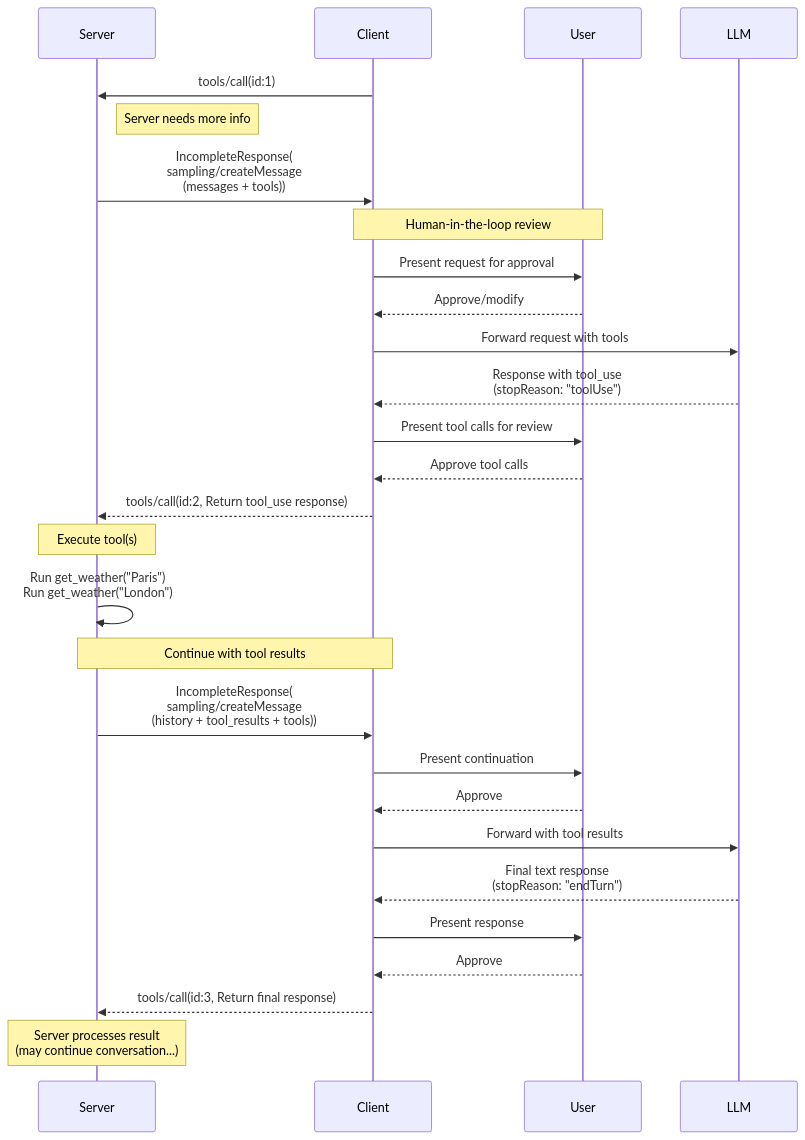
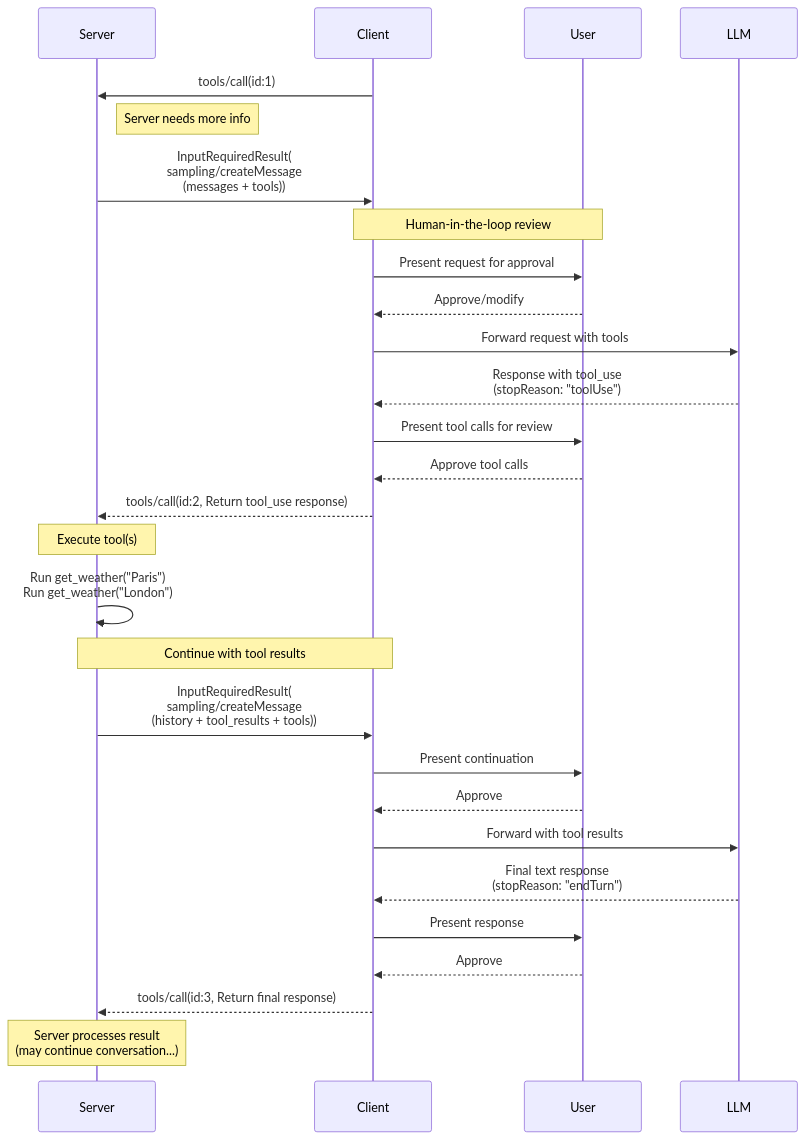
One commit to HIDORAKAI002/ai-workspace-archive changed the first of 2 diagrams in mcp_ecosystem__model_context_protocol/official_mcp_repositories__anthropic/modelcontextprotocol/docs/specification/draft/client/sampling.mdx. Above: the diagram before and after it, drawn with Mermaid. The commit also changed other lines of this file and 2257 other files, not shown here.

````diff
--- a/mcp_ecosystem__model_context_protocol/official_mcp_repositories__anthropic/modelcontextprotocol/docs/specification/draft/client/sampling.mdx
+++ b/mcp_ecosystem__model_context_protocol/official_mcp_repositories__anthropic/modelcontextprotocol/docs/specification/draft/client/sampling.mdx
@@ -162,40 +170,40 @@
 ```mermaid
 sequenceDiagram
     participant Server
     participant Client
     participant User
     participant LLM
 
     Client->>Server: tools/call(id:1)
     note right of Server: Server needs more info
-    Server->>Client: IncompleteResponse(<br/>sampling/createMessage<br/>(messages + tools))
+    Server->>Client: InputRequiredResult(<br/>sampling/createMessage<br/>(messages + tools))
 
     Note over Client,User: Human-in-the-loop review
     Client->>User: Present request for approval
     User-->>Client: Approve/modify
 
     Client->>LLM: Forward request with tools
     LLM-->>Client: Response with tool_use<br/>(stopReason: "toolUse")
 
     Client->>User: Present tool calls for review
     User-->>Client: Approve tool calls
     Client-->>Server: tools/call(id:2, Return tool_use response)
 
     Note over Server: Execute tool(s)
     Server->>Server: Run get_weather("Paris")<br/>Run get_weather("London")
 
     Note over Server,Client: Continue with tool results
-    Server->>Client: IncompleteResponse(<br/>sampling/createMessage<br/>(history + tool_results + tools))
+    Server->>Client: InputRequiredResult(<br/>sampling/createMessage<br/>(history + tool_results + tools))
 
     Client->>User: Present continuation
     User-->>Client: Approve
 
     Client->>LLM: Forward with tool results
     LLM-->>Client: Final text response<br/>(stopReason: "endTurn")
 
     Client->>User: Present response
     User-->>Client: Approve
     Client-->>Server: tools/call(id:3, Return final response)
 
     Note over Server: Server processes result<br/>(may continue conversation...)
 ```
````
